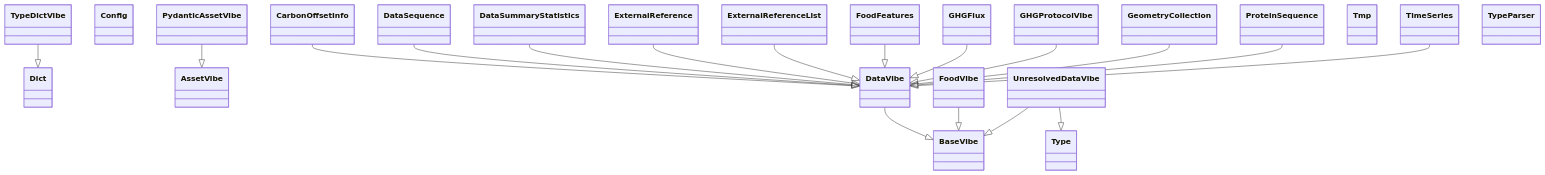
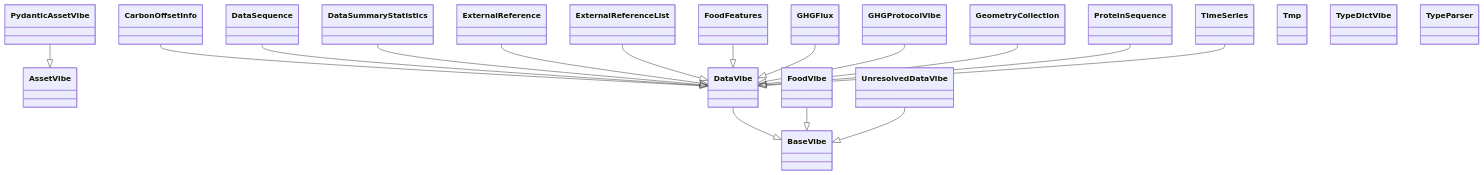
One commit to microsoft/farmvibes-ai changed the diagram in docs/source/docfiles/markdown/data_types_diagram/core_types_hierarchy.md. Above: the diagram before and after it, drawn with Mermaid. The commit also changed 34 other files, not shown here.

```diff
--- a/docs/source/docfiles/markdown/data_types_diagram/core_types_hierarchy.md
+++ b/docs/source/docfiles/markdown/data_types_diagram/core_types_hierarchy.md
@@ -2,69 +2,61 @@
 <div class="mermaid">
 
 classDiagram
-  class Dict {
-  }
-  class Type {
-  }
   class AssetVibe {
   }
   class BaseVibe {
   }
   class CarbonOffsetInfo {
-  }
-  class Config {
   }
   class DataSequence {
   }
   class DataSummaryStatistics {
   }
   class DataVibe {
   }
   class ExternalReference {
   }
   class ExternalReferenceList {
   }
   class FoodFeatures {
   }
   class FoodVibe {
   }
   class GHGFlux {
   }
   class GHGProtocolVibe {
   }
   class GeometryCollection {
   }
   class ProteinSequence {
   }
   class PydanticAssetVibe {
   }
   class TimeSeries {
   }
   class Tmp {
   }
   class TypeDictVibe {
   }
   class TypeParser {
   }
   class UnresolvedDataVibe {
   }
   PydanticAssetVibe --|> AssetVibe
   CarbonOffsetInfo --|> DataVibe
   DataSequence --|> DataVibe
   DataSummaryStatistics --|> DataVibe
   DataVibe --|> BaseVibe
   ExternalReference --|> DataVibe
   ExternalReferenceList --|> DataVibe
   FoodFeatures --|> DataVibe
   FoodVibe --|> BaseVibe
   GHGFlux --|> DataVibe
   GHGProtocolVibe --|> DataVibe
   GeometryCollection --|> DataVibe
   ProteinSequence --|> DataVibe
   TimeSeries --|> DataVibe
-  TypeDictVibe --|> Dict
-  UnresolvedDataVibe --|> Type
   UnresolvedDataVibe --|> BaseVibe
 
 
 </div>
```
